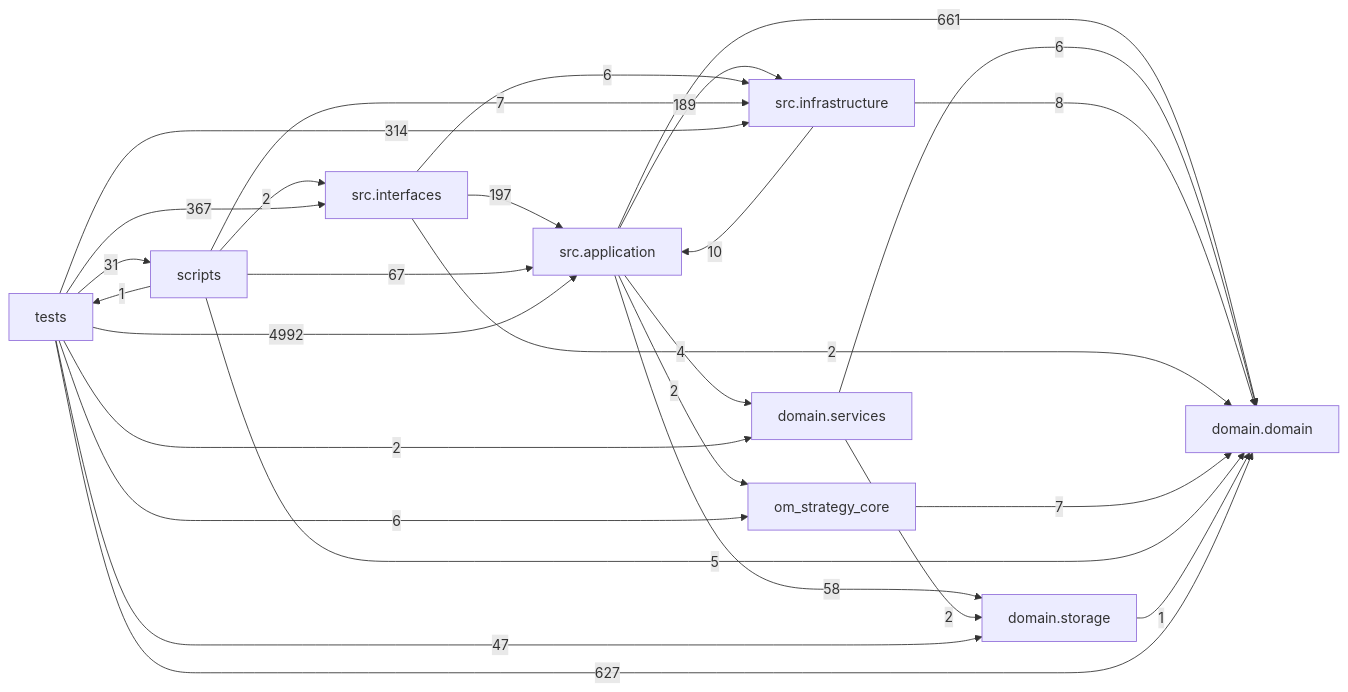
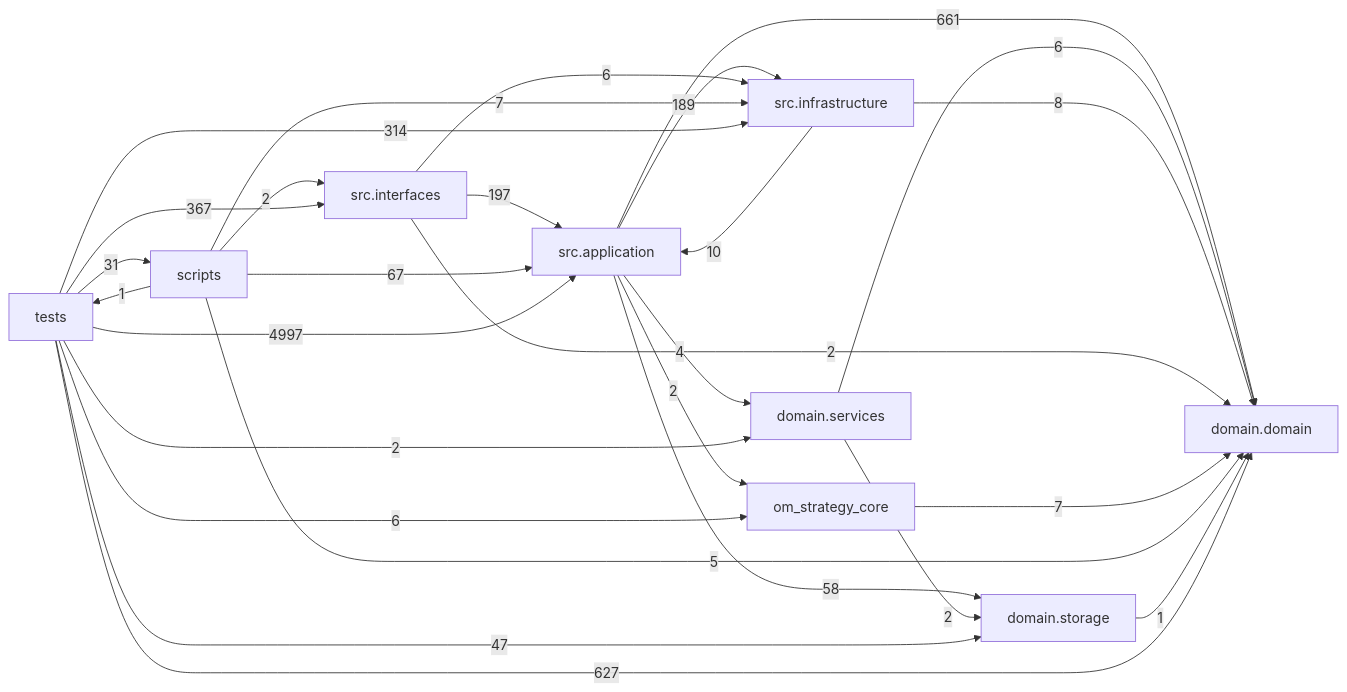
One commit to liuxie066/options-monitor changed the diagram in docs/DEPENDENCY_GRAPH.md. Above: the diagram before and after it, drawn with Mermaid. The commit also changed other lines of this file and 6 other files, not shown here.

````diff
--- a/docs/DEPENDENCY_GRAPH.md
+++ b/docs/DEPENDENCY_GRAPH.md
@@ -24,38 +24,38 @@
 ```mermaid
 flowchart LR
   tests["tests"]
   scripts["scripts"]
   interfaces["src.interfaces"]
   application["src.application"]
   infrastructure["src.infrastructure"]
   domain_services["domain.services"]
   domain["domain.domain"]
   storage["domain.storage"]
   application -->|661| domain
   application -->|4| domain_services
   application -->|189| infrastructure
   application -->|2| om_strategy_core
   application -->|58| storage
   domain_services -->|6| domain
   domain_services -->|2| storage
   infrastructure -->|10| application
   infrastructure -->|8| domain
   interfaces -->|197| application
   interfaces -->|2| domain
   interfaces -->|6| infrastructure
   om_strategy_core -->|7| domain
   scripts -->|67| application
   scripts -->|5| domain
   scripts -->|7| infrastructure
   scripts -->|2| interfaces
   scripts -->|1| tests
   storage -->|1| domain
-  tests -->|4992| application
+  tests -->|4997| application
   tests -->|627| domain
   tests -->|2| domain_services
   tests -->|314| infrastructure
   tests -->|367| interfaces
   tests -->|6| om_strategy_core
   tests -->|31| scripts
   tests -->|47| storage
 ```
````
